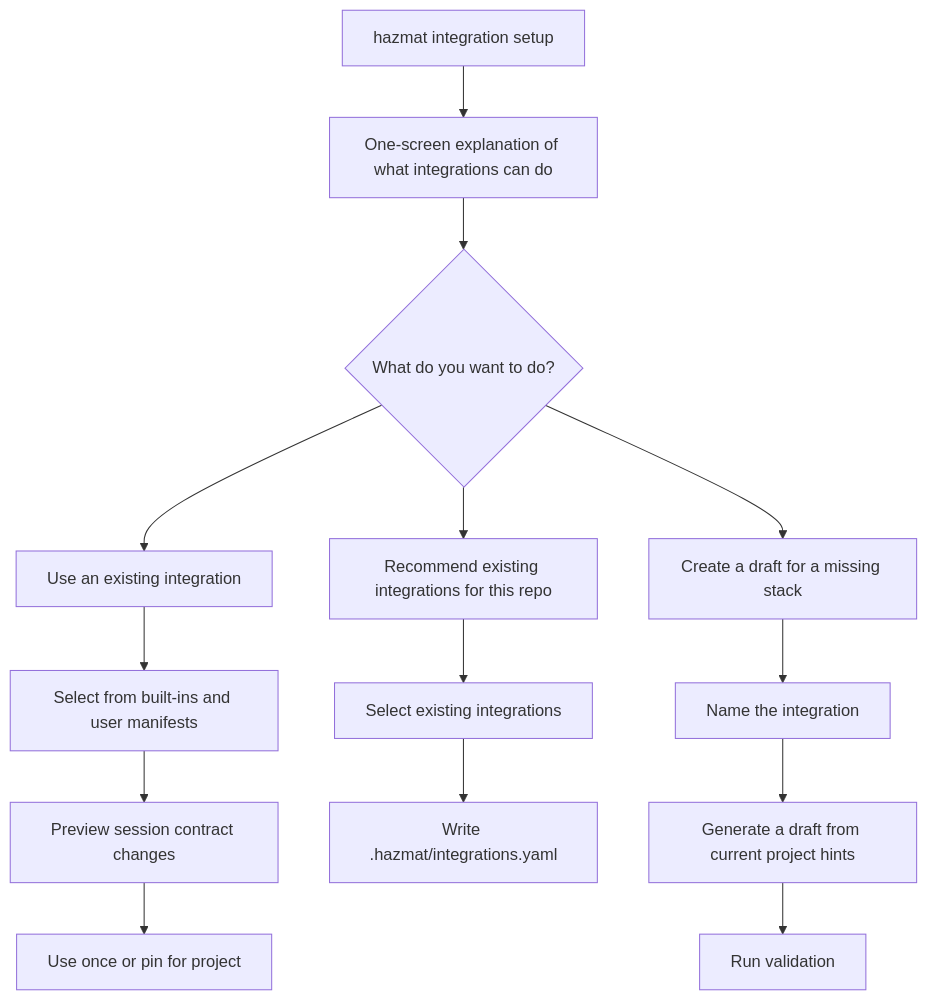
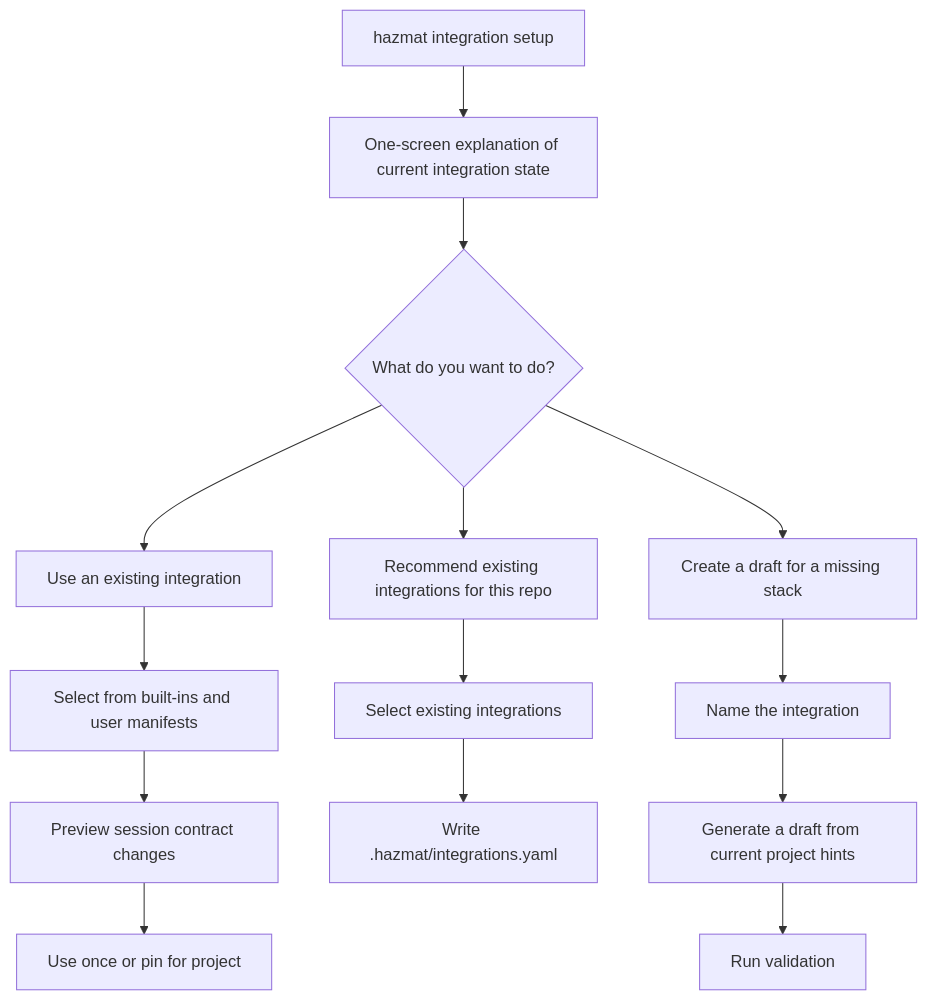
One commit to dredozubov/hazmat changed the second of 5 diagrams in docs/integration-contributor-flow.md. Above: the diagram before and after it, drawn with Mermaid. The commit also changed other lines of this file and 5 other files, not shown here.

````diff
--- a/docs/integration-contributor-flow.md
+++ b/docs/integration-contributor-flow.md
@@ -41,19 +41,19 @@
 ```mermaid
 flowchart TD
-    A["hazmat integration setup"] --> B["One-screen explanation of what integrations can do"]
+    A["hazmat integration setup"] --> B["One-screen explanation of current integration state"]
     B --> C{"What do you want to do?"}
     C --> D["Use an existing integration"]
     C --> E["Recommend existing integrations for this repo"]
     C --> F["Create a draft for a missing stack"]
 
     D --> G["Select from built-ins and user manifests"]
     G --> H["Preview session contract changes"]
     H --> I["Use once or pin for project"]
 
     E --> J["Select existing integrations"]
     J --> K["Write .hazmat/integrations.yaml"]
 
     F --> L["Name the integration"]
     L --> M["Generate a draft from current project hints"]
     M --> N["Run validation"]
 ```
````
